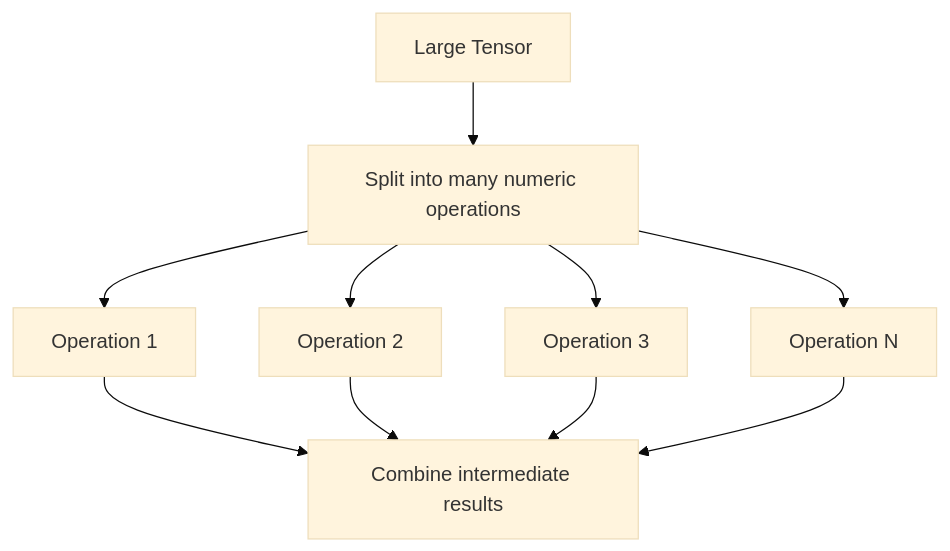
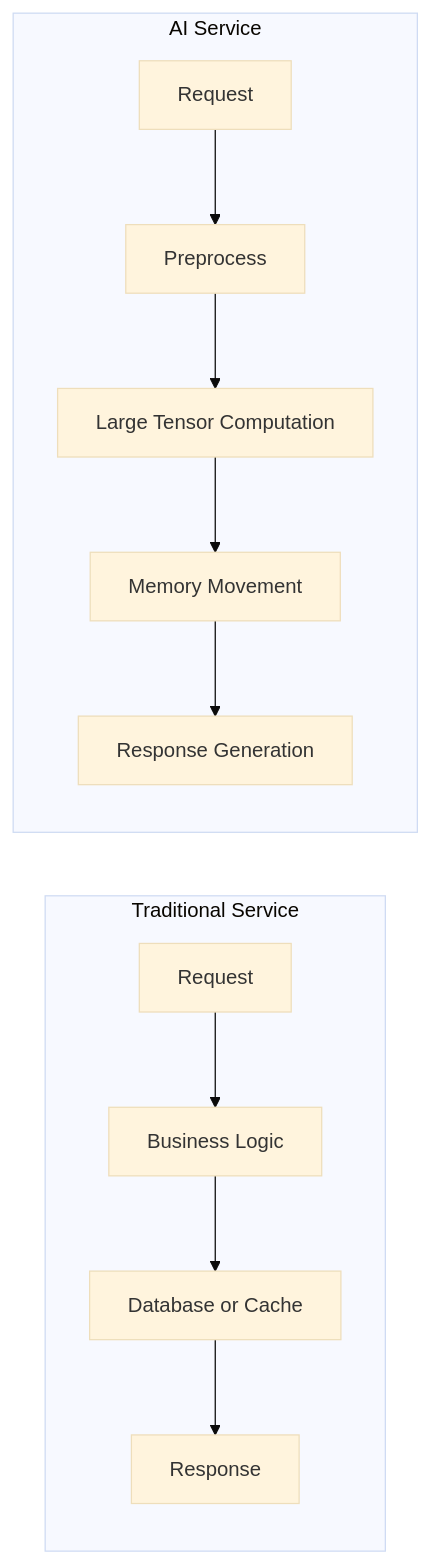
The second of 3 diagrams in docs/nvidia-zero-to-hero/volume-01/chapter-02-why-cpus-became-insufficient.md (jithinpnjm/nvidia-devops), drawn with Mermaid (base theme) before and after one commit. The commit also changed other lines of this file, not shown here.

````diff
--- a/docs/nvidia-zero-to-hero/volume-01/chapter-02-why-cpus-became-insufficient.md
+++ b/docs/nvidia-zero-to-hero/volume-01/chapter-02-why-cpus-became-insufficient.md
@@ -165,20 +97,15 @@
 ```mermaid
-flowchart TD
-    tensor[Large Tensor]
-    split[Split into many numeric operations]
-    lane1[Operation 1]
-    lane2[Operation 2]
-    lane3[Operation 3]
-    lane4[Operation N]
-    reduce[Combine intermediate results]
+flowchart LR
+    subgraph Traditional[Traditional Service]
+        T1[Request] --> T2[Business Logic]
+        T2 --> T3[Database or Cache]
+        T3 --> T4[Response]
+    end
 
-    tensor --> split
-    split --> lane1
-    split --> lane2
-    split --> lane3
-    split --> lane4
-    lane1 --> reduce
-    lane2 --> reduce
-    lane3 --> reduce
-    lane4 --> reduce
+    subgraph AI[AI Service]
+        A1[Request] --> A2[Preprocess]
+        A2 --> A3[Large Tensor Computation]
+        A3 --> A4[Memory Movement]
+        A4 --> A5[Response Generation]
+    end
 ```
````
